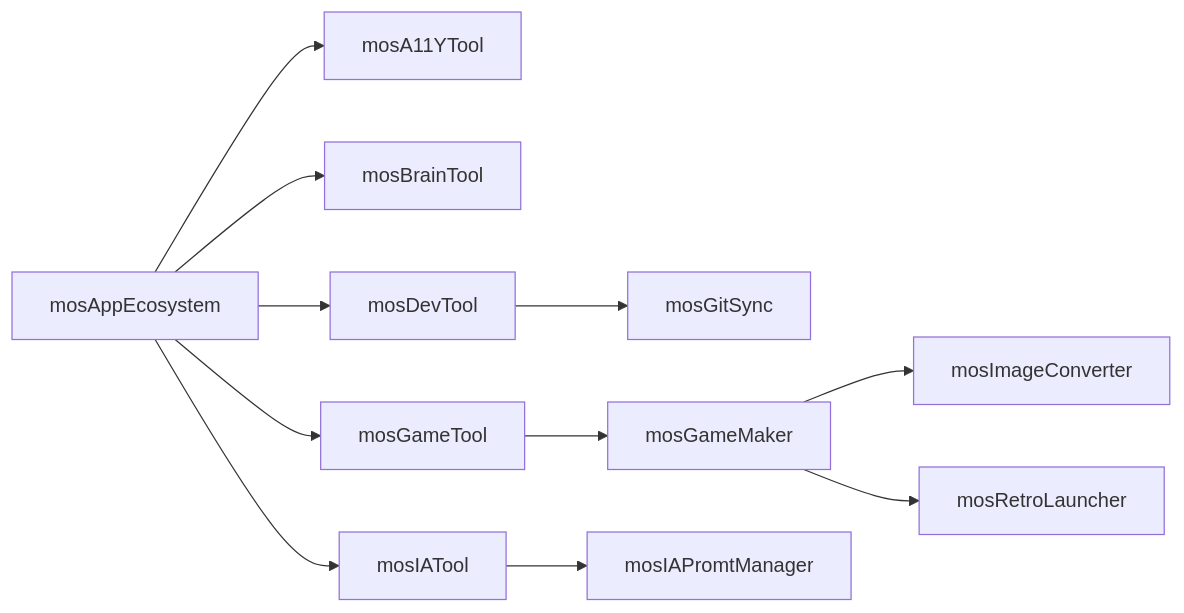
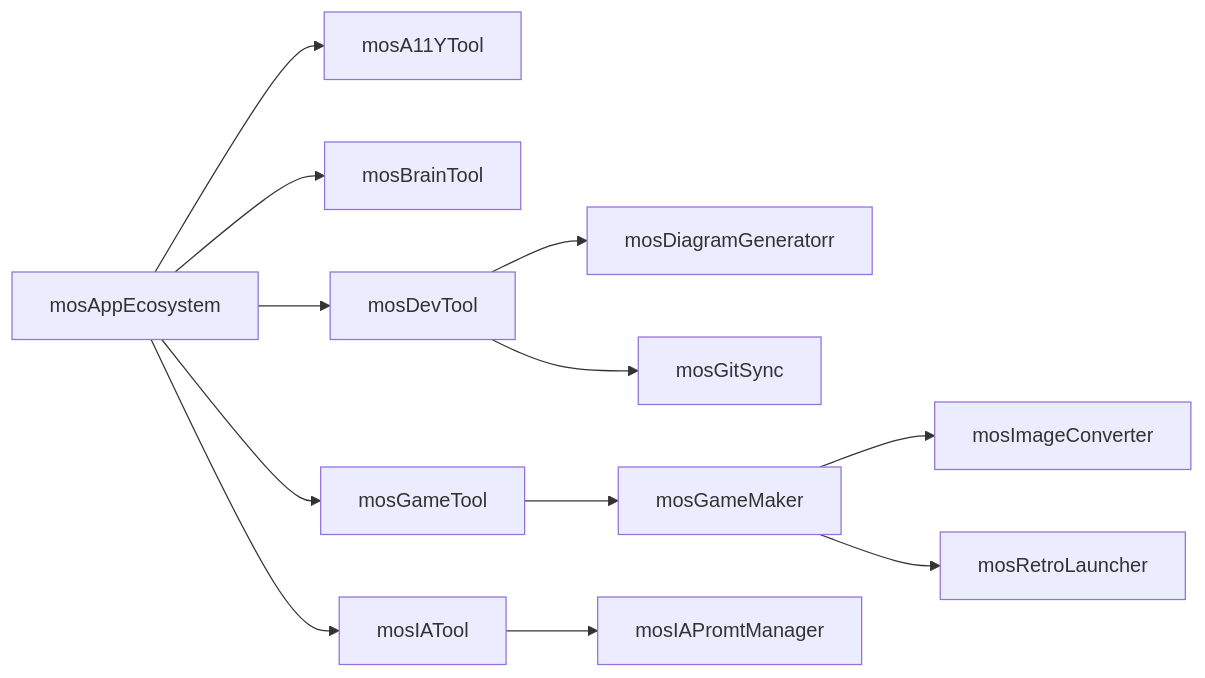
One commit to metsuke/23-MetsuOS-PublicBrain changed the fifth of 5 diagrams in Apps.md. Above: the diagram before and after it, drawn with Mermaid. The commit also changed other lines of this file, not shown here.

````diff
--- a/Apps.md
+++ b/Apps.md
@@ -219,14 +302,15 @@
 ```mermaid
 graph LR
     N[mosAppEcosystem]
     N --> O[mosA11YTool]
     N --> P[mosBrainTool]
     N --> Q[mosDevTool]
+    Q --> A[mosDiagramGeneratorr]
     Q --> R[mosGitSync]
     N --> S[mosGameTool]
     V --> T[mosImageConverter]
     V --> U[mosRetroLauncher]
     S --> V[mosGameMaker]    
     N --> W[mosIATool]
     W --> X[mosIAPromtManager]
 ```
````
